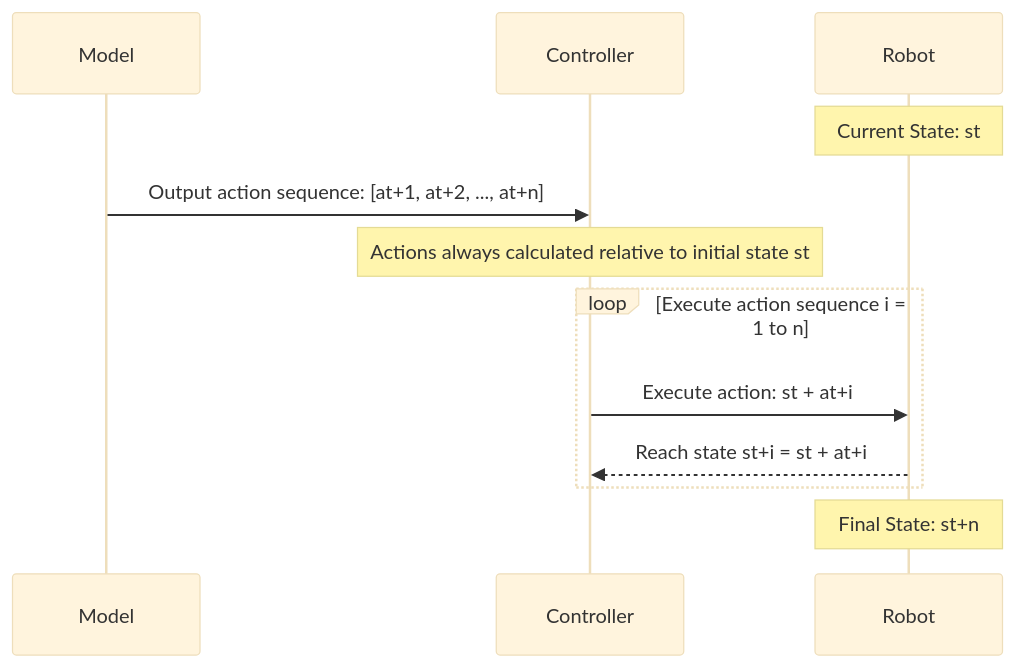
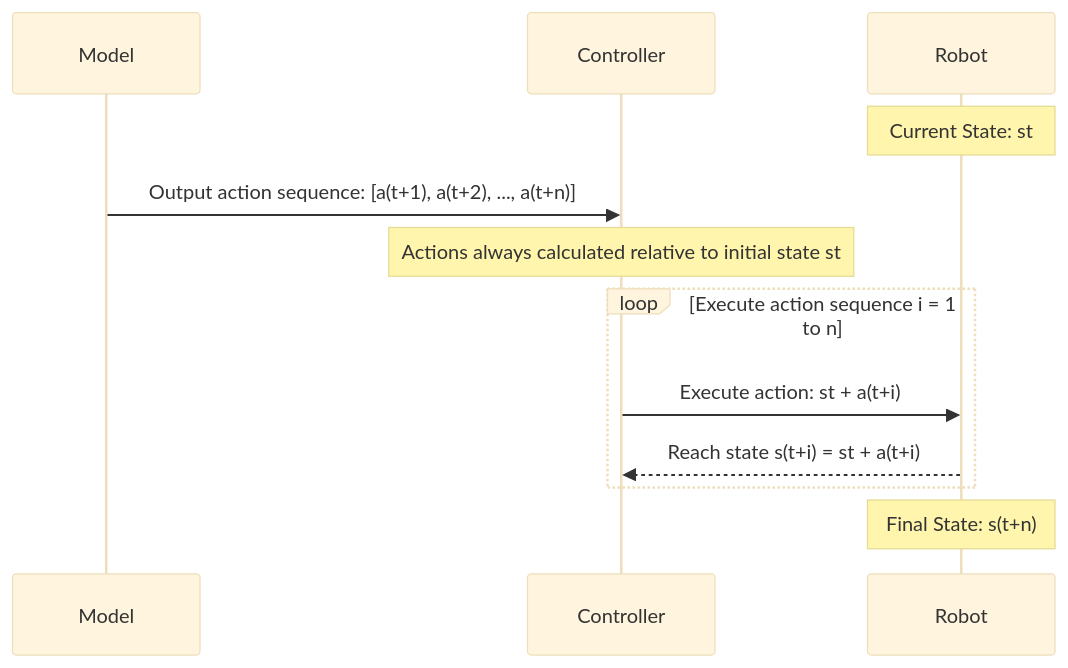
One commit to FlagOpen/RoboCOIN changed the fifth of 5 diagrams in README.md. Above: the diagram before and after it, drawn with Mermaid (base theme). The commit also changed 1 other file, not shown here.

````diff
--- a/README.md
+++ b/README.md
@@ -489,19 +489,19 @@
 ```mermaid
 sequenceDiagram
     participant Model as Model
     participant Controller as Controller
     participant Robot as Robot
     
     Note over Robot: Current State: st
     
-    Model->>Controller: Output action sequence: [at+1, at+2, ..., at+n]
+    Model->>Controller: Output action sequence: [a(t+1), a(t+2), ..., a(t+n)]
     
     Note over Controller: Actions always calculated relative to initial state st
 
     loop Execute action sequence i = 1 to n
-        Controller->>Robot: Execute action: st + at+i
-        Robot-->>Controller: Reach state st+i = st + at+i
+        Controller->>Robot: Execute action: st + a(t+i)
+        Robot-->>Controller: Reach state s(t+i) = st + a(t+i)
     end
     
-    Note over Robot: Final State: st+n
+    Note over Robot: Final State: s(t+n)
 ```
````
